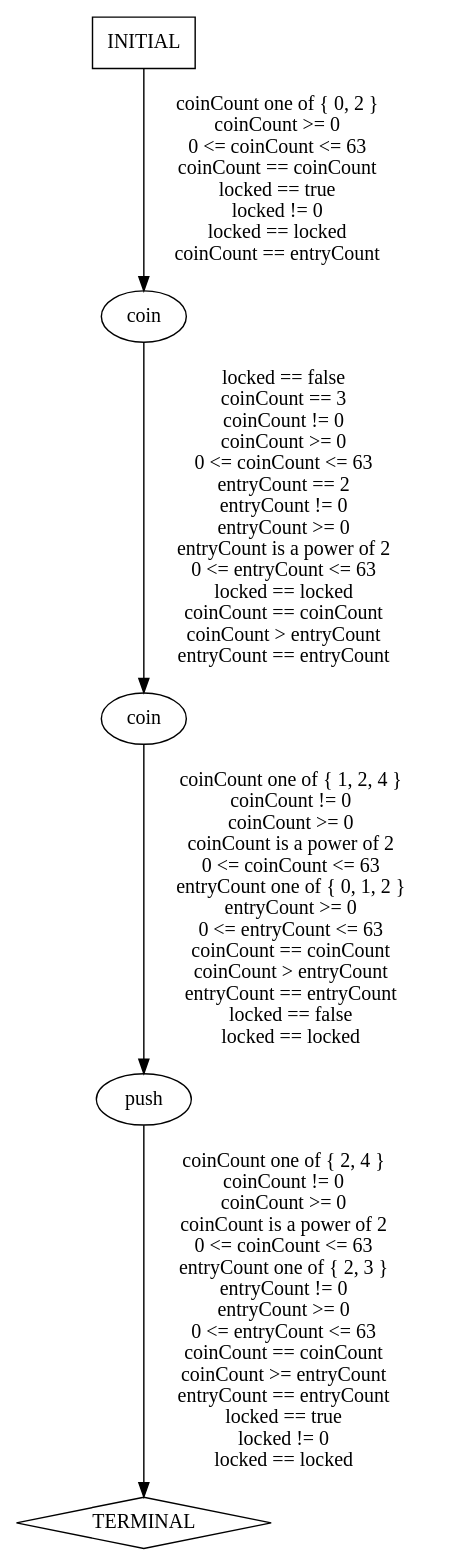
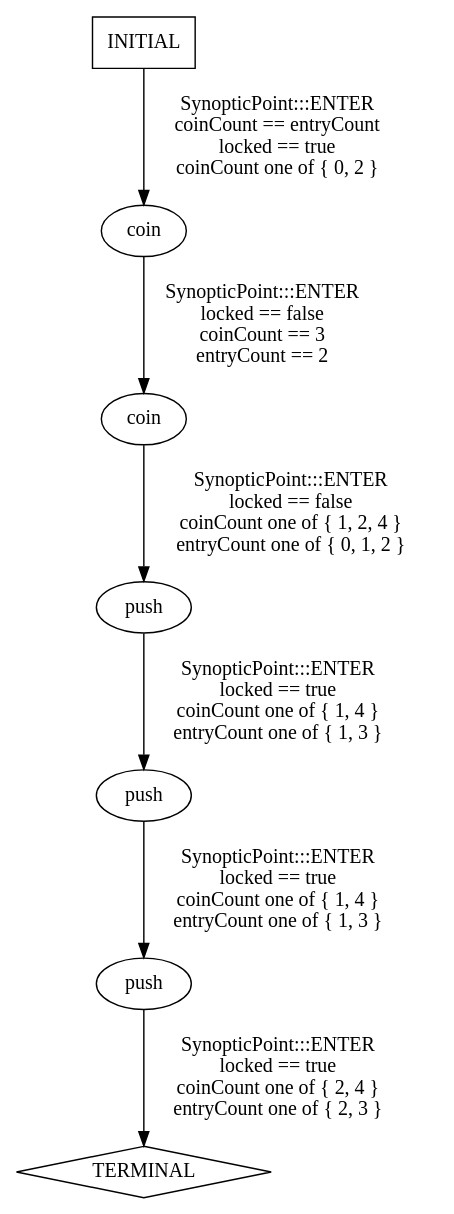
One commit to ModelInference/synoptic changed the diagram in traces/abstract/turnstile-example/predicted-paths/turnstile-example-test9.dot. Above: the diagram before and after it, drawn with Graphviz. The commit also changed 73 other files, not shown here.

```diff
--- a/traces/abstract/turnstile-example/predicted-paths/turnstile-example-test9.dot
+++ b/traces/abstract/turnstile-example/predicted-paths/turnstile-example-test9.dot
@@ -1,11 +1,15 @@
 digraph {
   0 [label="coin"];
   1 [label="coin"];
   2 [label="push"];
-  3 [label="TERMINAL",shape=diamond];
-  4 [label="INITIAL",shape=box];
-0->1 [label="locked == false\ncoinCount == 3\ncoinCount != 0\ncoinCount >= 0\n0 <= coinCount <= 63\nentryCount == 2\nentryCount != 0\nentryCount >= 0\nentryCount is a power of 2\n0 <= entryCount <= 63\nlocked == locked\ncoinCount == coinCount\ncoinCount > entryCount\nentryCount == entryCount",];
-1->2 [label="coinCount one of { 1, 2, 4 }\ncoinCount != 0\ncoinCount >= 0\ncoinCount is a power of 2\n0 <= coinCount <= 63\nentryCount one of { 0, 1, 2 }\nentryCount >= 0\n0 <= entryCount <= 63\ncoinCount == coinCount\ncoinCount > entryCount\nentryCount == entryCount\nlocked == false\nlocked == locked",];
-2->3 [label="coinCount one of { 2, 4 }\ncoinCount != 0\ncoinCount >= 0\ncoinCount is a power of 2\n0 <= coinCount <= 63\nentryCount one of { 2, 3 }\nentryCount != 0\nentryCount >= 0\n0 <= entryCount <= 63\ncoinCount == coinCount\ncoinCount >= entryCount\nentryCount == entryCount\nlocked == true\nlocked != 0\nlocked == locked",];
-4->0 [label="coinCount one of { 0, 2 }\ncoinCount >= 0\n0 <= coinCount <= 63\ncoinCount == coinCount\nlocked == true\nlocked != 0\nlocked == locked\ncoinCount == entryCount",];
+  3 [label="push"];
+  4 [label="push"];
+  5 [label="TERMINAL",shape=diamond];
+  6 [label="INITIAL",shape=box];
+0->1 [label="SynopticPoint:::ENTER\nlocked == false\ncoinCount == 3\nentryCount == 2\n",];
+1->2 [label="SynopticPoint:::ENTER\nlocked == false\ncoinCount one of { 1, 2, 4 }\nentryCount one of { 0, 1, 2 }\n",];
+2->3 [label="SynopticPoint:::ENTER\nlocked == true\ncoinCount one of { 1, 4 }\nentryCount one of { 1, 3 }\n",];
+3->4 [label="SynopticPoint:::ENTER\nlocked == true\ncoinCount one of { 1, 4 }\nentryCount one of { 1, 3 }\n",];
+4->5 [label="SynopticPoint:::ENTER\nlocked == true\ncoinCount one of { 2, 4 }\nentryCount one of { 2, 3 }\n",];
+6->0 [label="SynopticPoint:::ENTER\ncoinCount == entryCount\nlocked == true\ncoinCount one of { 0, 2 }\n",];
 } // digraph {
```
